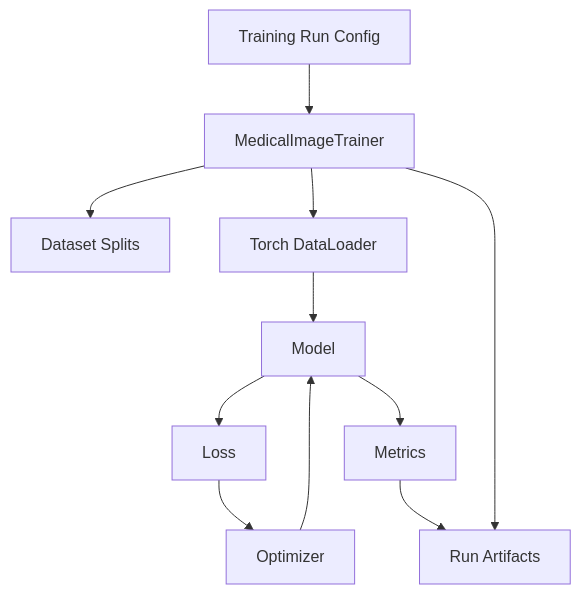
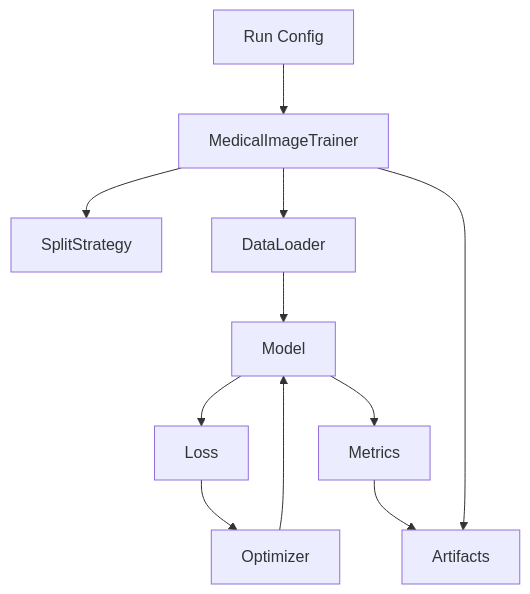
The second of 2 diagrams in docs/current_state_design_and_conventions.md (reneeqian/Coronary_prj), drawn with Mermaid before and after one commit. The commit also changed other lines of this file and 2 other files, not shown here.

Commit message:
training works, now to pull out medical_image_trainer

````diff
--- a/docs/current_state_design_and_conventions.md
+++ b/docs/current_state_design_and_conventions.md
@@ -224,24 +234,20 @@
 ```mermaid
 flowchart TD
-    A["Training Run Config"]
+    A["Run Config"]
     B["MedicalImageTrainer"]
-    C["Dataset Splits"]
-    D["Torch DataLoader"]
+    C["SplitStrategy"]
+    D["DataLoader"]
     E["Model"]
     F["Loss"]
     G["Optimizer"]
     H["Metrics"]
-    I["Run Artifacts"]
+    I["Artifacts"]
 
     A --> B
     B --> C
     B --> D
     D --> E
-    E --> F
-    F --> G
-    G --> E
-    E --> H
-    H --> I
+    E --> F --> G --> E
+    E --> H --> I
     B --> I
-
 ```
````
